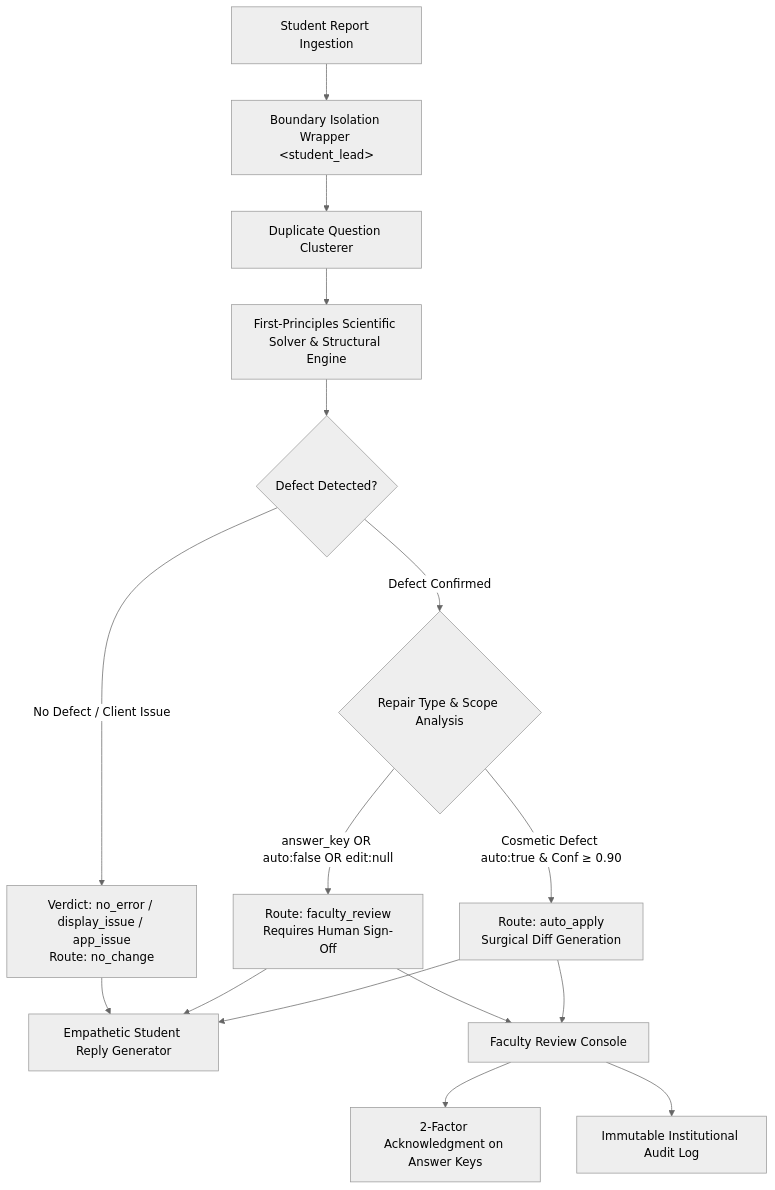
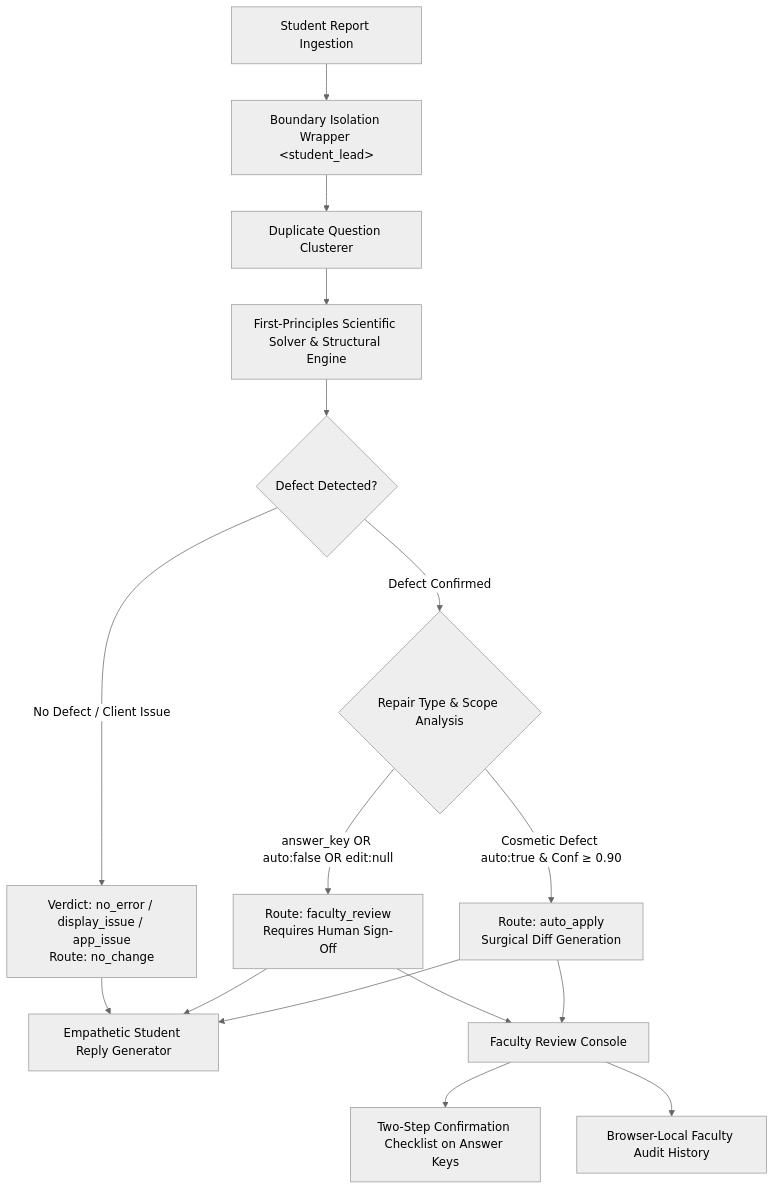
One commit to Avadhoot0770/acadza-report-fix changed the diagram in PROMPTS.md. Above: the diagram before and after it, drawn with Mermaid (neutral theme). The commit also changed other lines of this file and 6 other files, not shown here.

Commit message:
docs: refine claims for audit history, two-step confirmation, and unsupported content prevention

````diff
--- a/PROMPTS.md
+++ b/PROMPTS.md
@@ -16,18 +16,19 @@
 ```mermaid
 flowchart TD
     A[Student Report Ingestion] --> B[Boundary Isolation Wrapper &lt;student_lead&gt;]
     B --> C[Duplicate Question Clusterer]
     C --> D[First-Principles Scientific Solver & Structural Engine]
-    D --> E{Defect Detected?}
+    E{Defect Detected?}
+    D --> E
     E -->|No Defect / Client Issue| F[Verdict: no_error / display_issue / app_issue<br/>Route: no_change]
     E -->|Defect Confirmed| G{Repair Type & Scope Analysis}
     G -->|answer_key OR auto:false OR edit:null| H[Route: faculty_review<br/>Requires Human Sign-Off]
     G -->|Cosmetic Defect auto:true & Conf &ge; 0.90| I[Route: auto_apply<br/>Surgical Diff Generation]
     F --> J[Empathetic Student Reply Generator]
     H --> J
     I --> J
     H --> K[Faculty Review Console]
     I --> K
-    K --> L[2-Factor Acknowledgment on Answer Keys]
-    K --> M[Immutable Institutional Audit Log]
+    K --> L[Two-Step Confirmation Checklist on Answer Keys]
+    K --> M[Browser-Local Faculty Audit History]
 ```
````
